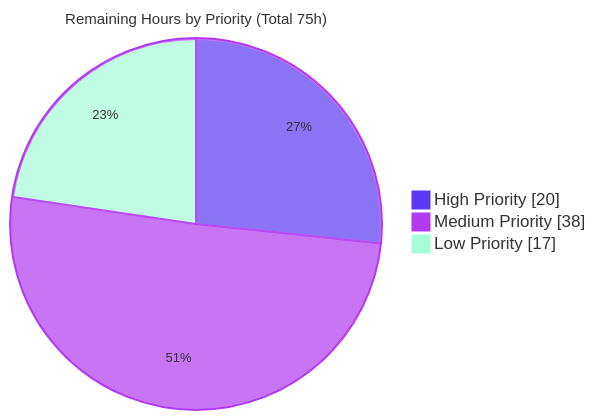
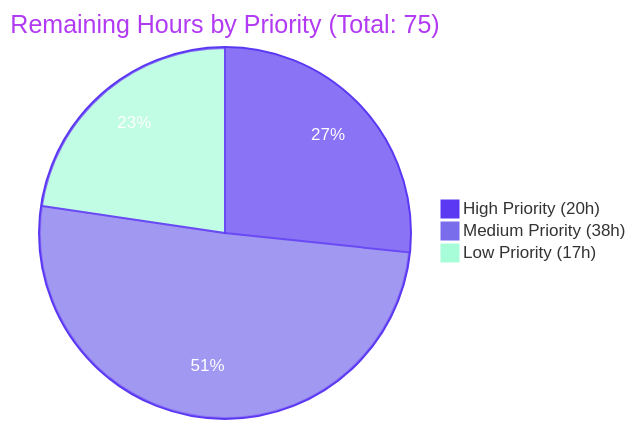
One commit to Blitzy-Sandbox/blitzy-odoo changed the third of 5 diagrams in blitzy/documentation/Project Guide.md. Above: the diagram before and after it, drawn with Mermaid. The commit also changed other lines of this file, not shown here.

Commit message:
Adding Blitzy Project Guide: Project Status and Human Tasks Remaining

````diff
--- a/blitzy/documentation/Project Guide.md
+++ b/blitzy/documentation/Project Guide.md
@@ -308,7 +301,7 @@
 ```mermaid
-%%{init: {'theme':'base','themeVariables':{'pie1':'#5B39F3','pie2':'#B23AF2','pie3':'#A8FDD9','pieStrokeColor':'#B23AF2','pieOuterStrokeColor':'#B23AF2','pieTitleTextSize':'15px','pieSectionTextSize':'13px'}}}%%
-pie showData title Remaining Hours by Priority (Total 75h)
-    "High Priority" : 20
-    "Medium Priority" : 38
-    "Low Priority" : 17
+%%{init: {'theme':'base','themeVariables':{'pie1':'#5B39F3','pie2':'#7A6DEC','pie3':'#A8FDD9','pieStrokeColor':'#5B39F3','pieOuterStrokeColor':'#5B39F3','pieSectionTextColor':'#FFFFFF','pieTitleTextColor':'#B23AF2'}}}%%
+pie title Remaining Hours by Priority (Total: 75)
+    "High Priority (20h)" : 20
+    "Medium Priority (38h)" : 38
+    "Low Priority (17h)" : 17
 ```
````
